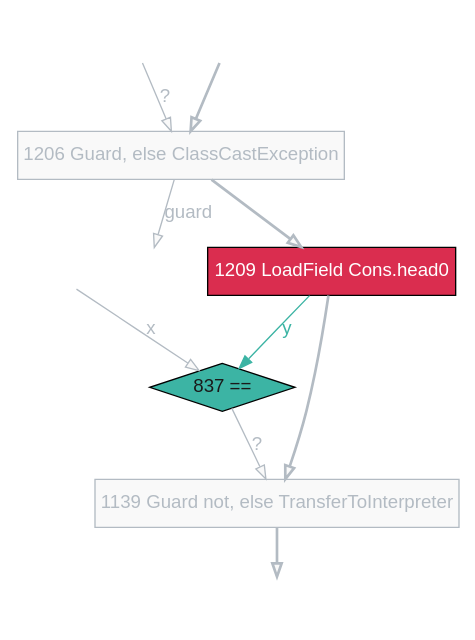
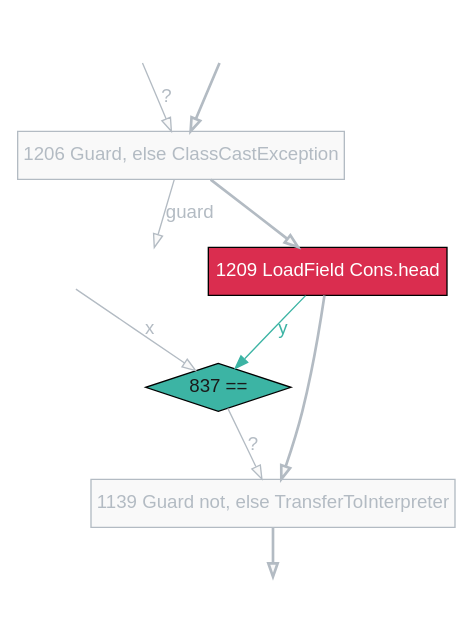
The diagram in figures/dot/List.contains.specialized.TruffleTier.dot (jmesyou/mmath-thesis), drawn with Graphviz before and after one commit. The commit also changed 23 other files, not shown here.

```diff
--- a/figures/dot/List.contains.specialized.TruffleTier.dot
+++ b/figures/dot/List.contains.specialized.TruffleTier.dot
@@ -1,22 +1,22 @@
 digraph G {
   graph [bgcolor="white"];
   node231 [style="invis",label=""];
   node837 [label="837 ==",shape="diamond",fontname="Arial",style="filled",color="black",fillcolor="#3cb4a4",fontcolor="#1a1919"];
   node1139 [label="1139 Guard not, else TransferToInterpreter",shape="rectangle",fontname="Arial",style="filled",color="#b3bbc3",fillcolor="#f9f9f9",fontcolor="#b3bbc3"];
   node1141 [style="invis",label=""];
   node1194 [style="invis",label=""];
   node1195 [style="invis",label=""];
   node1208 [style="invis",label=""];
   node1206 [label="1206 Guard, else ClassCastException",shape="rectangle",fontname="Arial",style="filled",color="#b3bbc3",fillcolor="#f9f9f9",fontcolor="#b3bbc3"];
-  node1209 [label="1209 LoadField Cons.head0",shape="rectangle",fontname="Arial",style="filled",color="black",fillcolor="#da2d4f",fontcolor="#ffffff"];
+  node1209 [label="1209 LoadField Cons.head",shape="rectangle",fontname="Arial",style="filled",color="black",fillcolor="#da2d4f",fontcolor="#ffffff"];
   node1211 [style="invis",label=""];
   node231 -> node837 [label="x",fontname="arial",color="#b3bbc3",fontcolor="#b3bbc3",fillcolor="#f9f9f9"];
   node1209 -> node837 [label="y",fontname="arial",color="#3cb4a4",fontcolor="#3cb4a4"];
   node837 -> node1139 [label="?",fontname="arial",color="#b3bbc3",fontcolor="#b3bbc3",fillcolor="#f9f9f9"];
   node1139 -> node1141 [fontname="arial",color="#b3bbc3",fontcolor="#b3bbc3",penwidth="2",fillcolor="#f9f9f9"];
   node1194 -> node1206 [label="?",fontname="arial",color="#b3bbc3",fontcolor="#b3bbc3",fillcolor="#f9f9f9"];
   node1206 -> node1209 [fontname="arial",color="#b3bbc3",fontcolor="#b3bbc3",penwidth="2",fillcolor="#f9f9f9"];
   node1206 -> node1208 [label="guard",fontname="arial",color="#b3bbc3",fontcolor="#b3bbc3",fillcolor="#f9f9f9"];
   node1209 -> node1139 [fontname="arial",color="#b3bbc3",fontcolor="#b3bbc3",penwidth="2",fillcolor="#f9f9f9"];
   node1211 -> node1206 [fontname="arial",color="#b3bbc3",fontcolor="#b3bbc3",penwidth="2",fillcolor="#f9f9f9"];
 }
```
